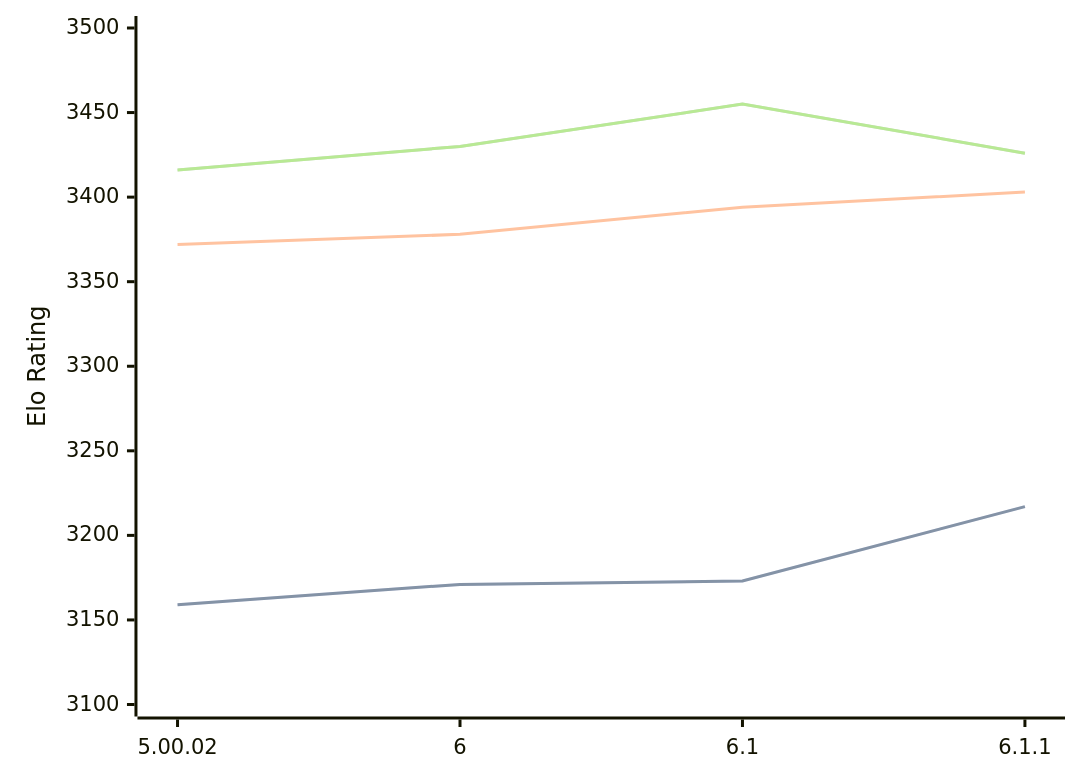
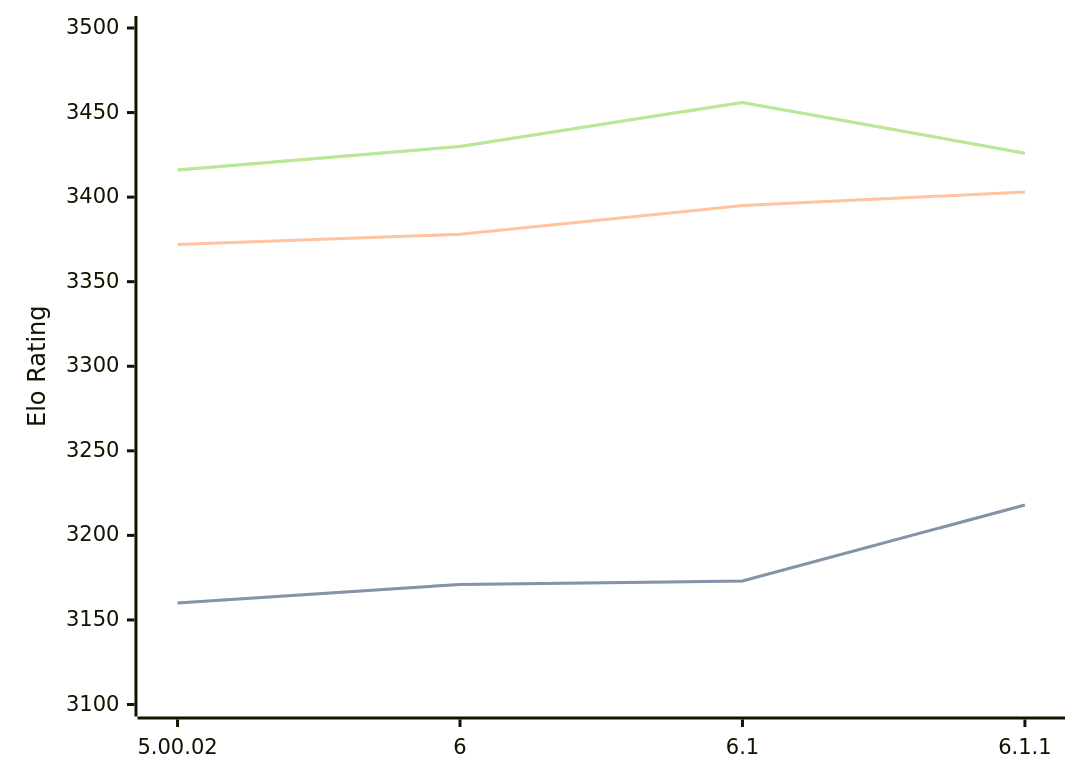
Before and after one commit to computer-chess-index/cci: the diagram in engines/Zangdar.md, drawn with Mermaid. The commit also changed other lines of this file, not shown here.

Commit message:
Update CCI Ratings (ELO VLTC) - 2026-04-03

````diff
--- a/engines/Zangdar.md
+++ b/engines/Zangdar.md
@@ -46,11 +46,11 @@
 ```mermaid
 %%{init: {"theme":"base","themeVariables":{"seriesColors:['#a3a3a3','#222221','#faa371']}}}%%
 xychart-beta
   x-axis ["5.00.02", "6", "6.1", "6.1.1"]
   y-axis "Elo Rating" 3100 --> 3500
-  line "STC (8.0+0.08s)" [3159, 3171, 3173, 3217]
-  line "STC (8.0+0.08s)" [3159, 3171, 3173, 3217]
-  line "LTC (60.0+0.60s)" [3372, 3378, 3394, 3403]
-  line "VLTC (2m24s+1.12s)" [3416, 3430, 3455, 3426]
-  line "VLTC (2m24s+1.12s)" [3416, 3430, 3455, 3426]
+  line "STC (8.0+0.08s)" [3160, 3171, 3173, 3218]
+  line "STC (8.0+0.08s)" [3160, 3171, 3173, 3218]
+  line "LTC (60.0+0.60s)" [3372, 3378, 3395, 3403]
+  line "VLTC (2m24s+1.12s)" [3416, 3430, 3456, 3426]
+  line "VLTC (2m24s+1.12s)" [3416, 3430, 3456, 3426]
 ```
````
